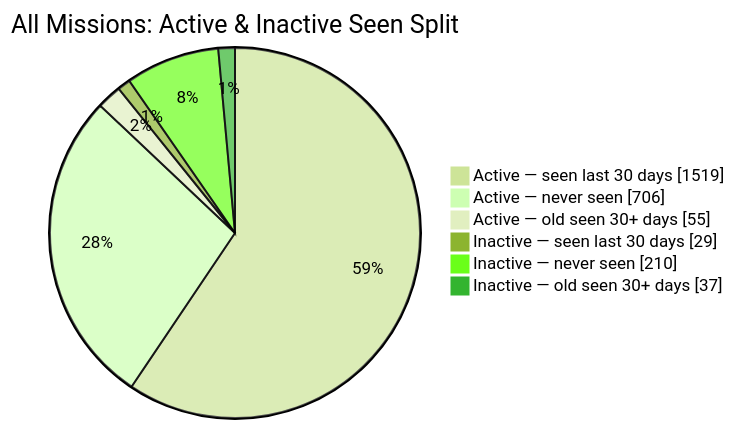
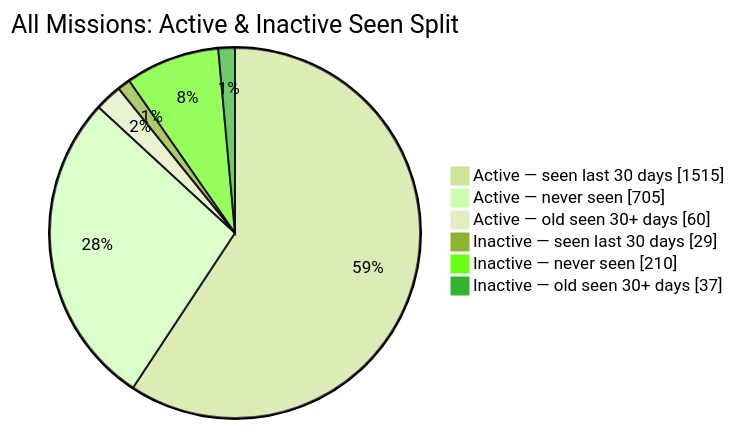
The second of 2 diagrams in README.md (MeldkamerspelGameTeam/active-missions), drawn with Mermaid (forest theme) before and after one commit. The commit also changed other lines of this file and 3 other files, not shown here.

````diff
--- a/README.md
+++ b/README.md
@@ -44,10 +44,10 @@
 ```mermaid
 pie showData
     title All Missions: Active & Inactive Seen Split
-    "Active — seen last 30 days" : 1519
-    "Active — never seen" : 706
-    "Active — old seen 30+ days" : 55
+    "Active — seen last 30 days" : 1515
+    "Active — never seen" : 705
+    "Active — old seen 30+ days" : 60
     "Inactive — seen last 30 days" : 29
     "Inactive — never seen" : 210
     "Inactive — old seen 30+ days" : 37
 ```
````
